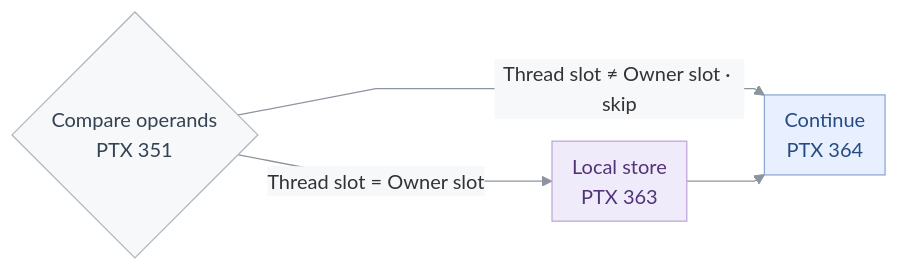
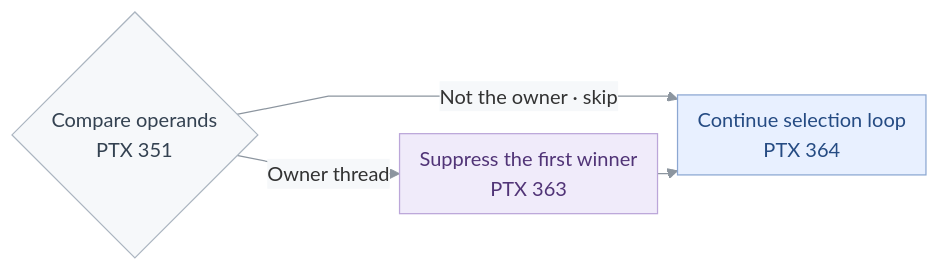
Before and after one commit to gpu-verifier/sentryward: the first of 2 diagrams in examples/vllm__moe_topk_softmax__sm_100a/report.md, drawn with Mermaid. The commit also changed other lines of this file and 10 other files, not shown here.

````diff
--- a/examples/vllm__moe_topk_softmax__sm_100a/report.md
+++ b/examples/vllm__moe_topk_softmax__sm_100a/report.md
@@ -93,29 +91,29 @@
 ```mermaid
 ---
 config:
   theme: base
   flowchart:
     curve: linear
     nodeSpacing: 16
     rankSpacing: 16
     padding: 8
   themeVariables:
     lineColor: "#8c959f"
     edgeLabelBackground: "#f6f8fa"
     fontFamily: Arial
     fontSize: 16px
 ---
 flowchart LR
   G{"Compare operands<br/>PTX 351"}
-  E["Local store<br/>PTX 363"]
-  J["Continue<br/>PTX 364"]
-  G -->|"Thread slot = Owner slot"| E
-  G -->|"Thread slot ≠ Owner slot · skip"| J
+  E["Suppress the first winner<br/>PTX 363"]
+  J["Continue selection loop<br/>PTX 364"]
+  G -->|"Owner thread"| E
+  G -->|"Not the owner · skip"| J
   E --> J
   class G context
   class E focus
   class J operation
 classDef focus fill:#f0ebfa,stroke:#bba6d9,color:#513477
 classDef context fill:#f6f8fa,stroke:#abb5c0,color:#344251
 classDef operation fill:#e8f0ff,stroke:#8ca7d2,color:#254b83
 ```
````
